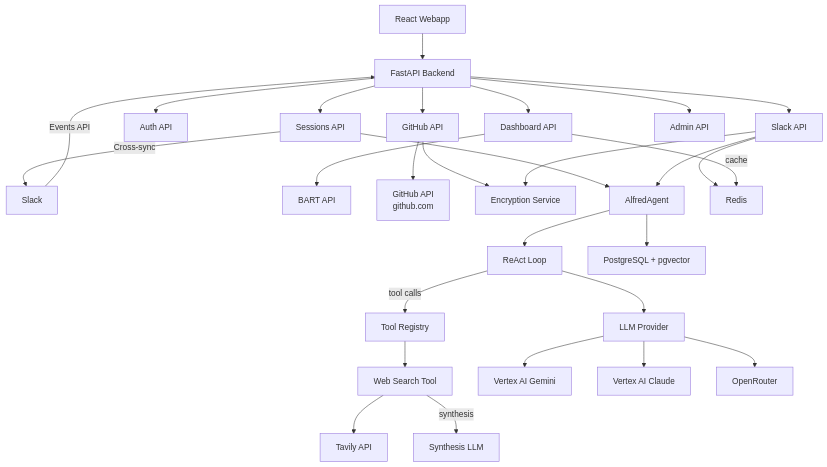
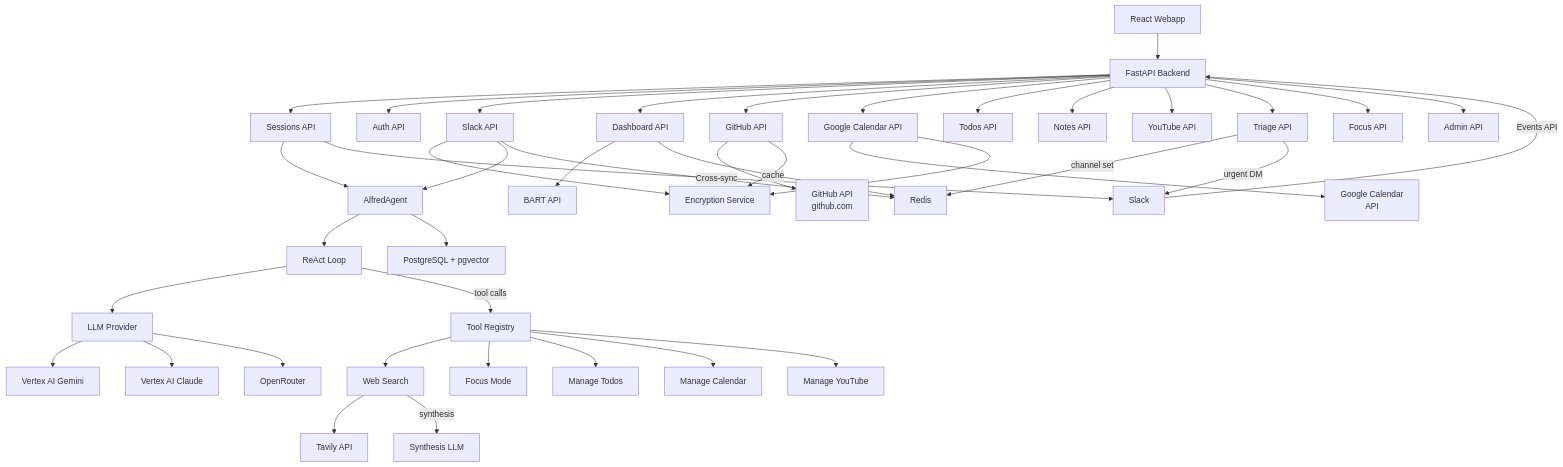
Before and after one commit to tekkno89/alfred-pa: the diagram in .claude/diagrams/architecture.md, drawn with Mermaid. The commit also changed other lines of this file and 10 other files, not shown here.

First line of the commit message:
docs: Add missing diagrams and update docs for todos, notes, youtube, calendar, and triage

````diff
--- a/.claude/diagrams/architecture.md
+++ b/.claude/diagrams/architecture.md
@@ -5,30 +5,44 @@
 ```mermaid
 graph TD
     A[React Webapp] --> B[FastAPI Backend]
     C[Slack] -->|Events API| B
     B --> D[Sessions API]
     B --> E[Auth API]
     B --> S[Slack API]
     B --> DA[Dashboard API]
     B --> GH[GitHub API]
+    B --> GC[Google Calendar API]
+    B --> TD_API[Todos API]
+    B --> NT[Notes API]
+    B --> YT[YouTube API]
+    B --> TR[Triage API]
+    B --> FO[Focus API]
     B --> AD[Admin API]
     DA --> BART[BART API]
     GH --> GHA[GitHub API<br/>github.com]
     GH --> ENC[Encryption Service]
+    GC --> GCAL[Google Calendar<br/>API]
+    GC --> ENC
     S --> ENC
     D --> F[AlfredAgent]
     S --> F
     F --> G[ReAct Loop]
     G --> H[LLM Provider]
     G -->|tool calls| T[Tool Registry]
-    T --> WS[Web Search Tool]
+    T --> WS[Web Search]
+    T --> FM[Focus Mode]
+    T --> TODO[Manage Todos]
+    T --> CAL[Manage Calendar]
+    T --> YTOOL[Manage YouTube]
     WS --> TV[Tavily API]
     WS -->|synthesis| H2[Synthesis LLM]
     H --> I[Vertex AI Gemini]
     H --> J[Vertex AI Claude]
     H --> K[OpenRouter]
     F --> L[PostgreSQL + pgvector]
     S --> M[Redis]
     DA -->|cache| M
+    TR -->|channel set| M
     D -->|Cross-sync| C
+    TR -->|urgent DM| C
 ```
````
